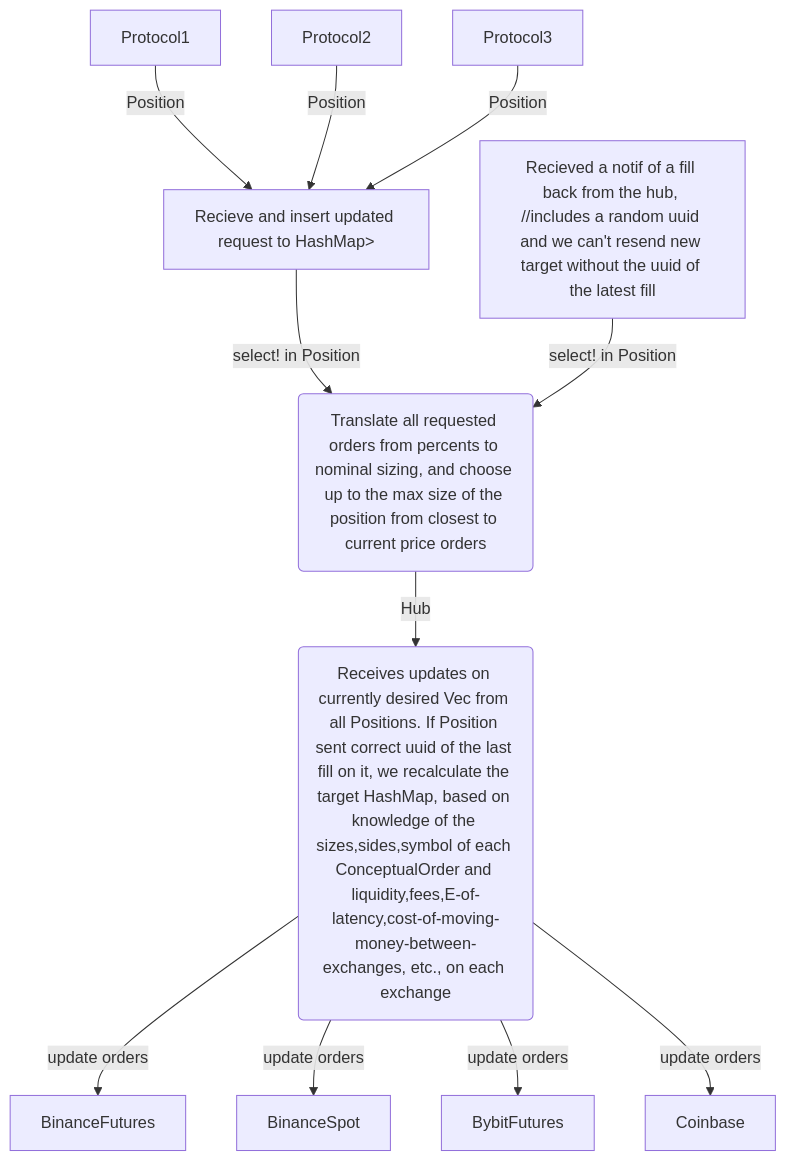
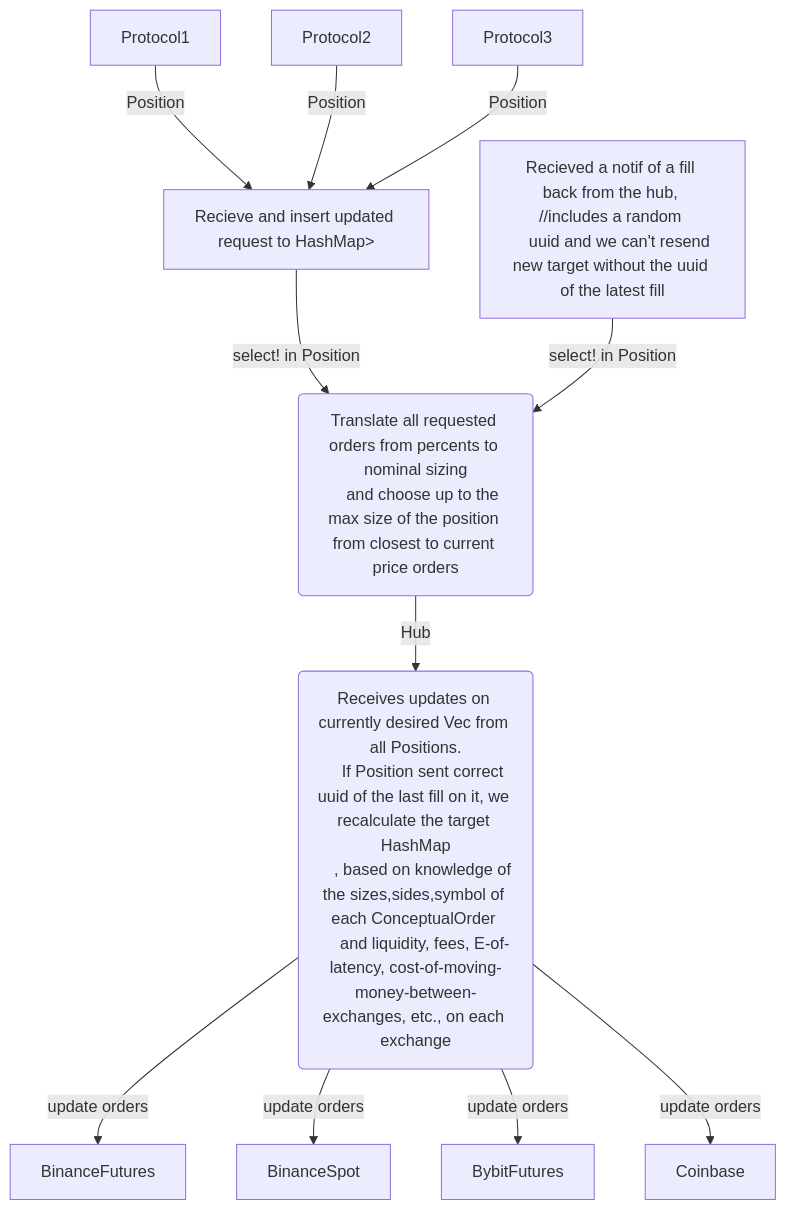
The diagram in README.md (valeratrades/discretionary_engine), drawn with Mermaid before and after one commit.

````diff
--- a/README.md
+++ b/README.md
@@ -2,16 +2,21 @@
 ```mermaid
 flowchart TD
     Protocol1 --> |Position| U
     Protocol2 --> |Position| U
     Protocol3 --> |Position| U
     U[Recieve and insert updated request to HashMap<Protocol, Vec<ConceptualOrder>>] --> |select! in Position| R
     
-    F[Recieved a notif of a fill back from the hub, //includes a random uuid and we can't resend new target without the uuid of the latest fill] --> |select! in Position| R
+    F[Recieved a notif of a fill back from the hub, //includes a random 
+    uuid and we can't resend new target without the uuid of the latest fill] --> |select! in Position| R
 
-    R(Translate all requested orders from percents to nominal sizing, and choose up to the max size of the position from closest to current price orders) --> |Hub| Hub
-    Hub(Receives updates on currently desired Vec<ConceptualOrder> from all Positions. If Position sent correct uuid of the last fill on it, we recalculate the target HashMap<Exchange, Order>, based on knowledge of the sizes,sides,symbol of each ConceptualOrder and liquidity,fees,E-of-latency,cost-of-moving-money-between-exchanges, etc., on each exchange)
+    R(Translate all requested orders from percents to nominal sizing
+    and choose up to the max size of the position from closest to current price orders) --> |Hub| Hub
+    Hub(Receives updates on currently desired Vec<ConceptualOrder> from all Positions.
+    If Position sent correct uuid of the last fill on it, we recalculate the target HashMap
+    <Exchange, Order>, based on knowledge of the sizes,sides,symbol of each ConceptualOrder 
+    and liquidity, fees, E-of-latency, cost-of-moving-money-between-exchanges, etc., on each exchange)
     Hub --> |update orders| A[BinanceFutures]
     Hub --> |update orders| B[BinanceSpot]
     Hub --> |update orders| C[BybitFutures]
     Hub --> |update orders| D[Coinbase]
 ```
````
